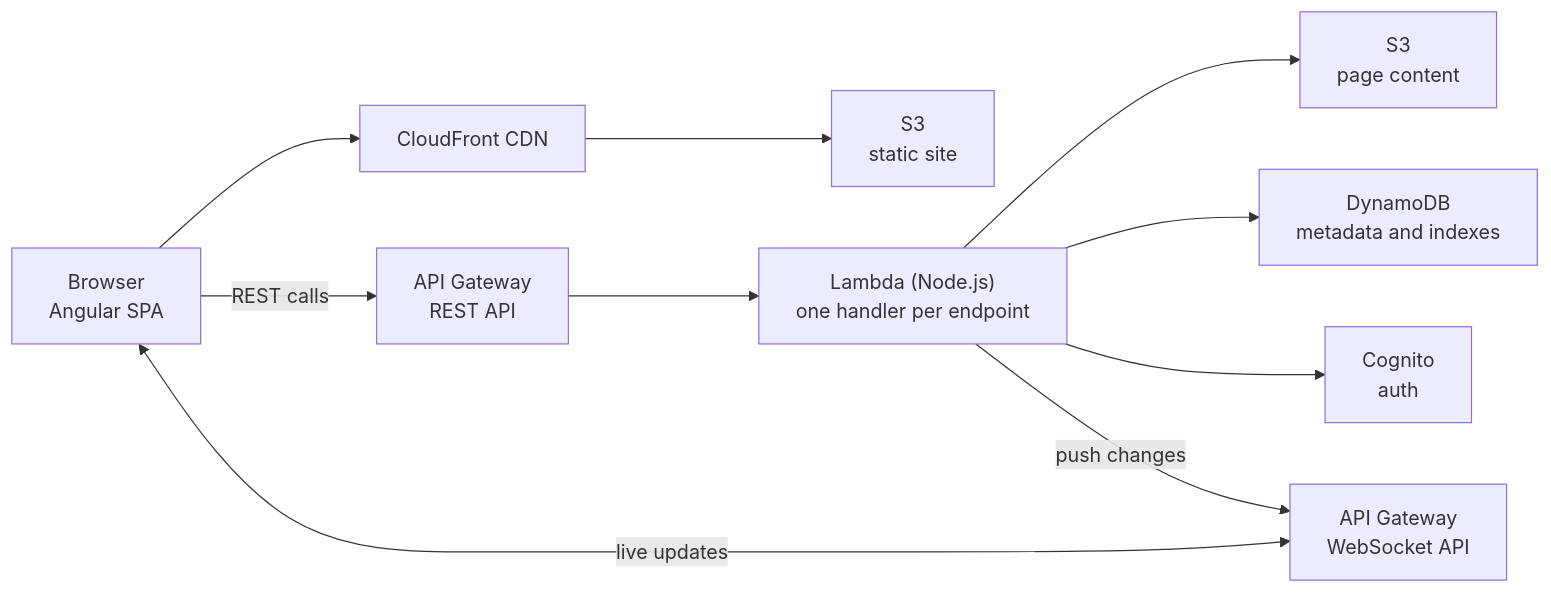
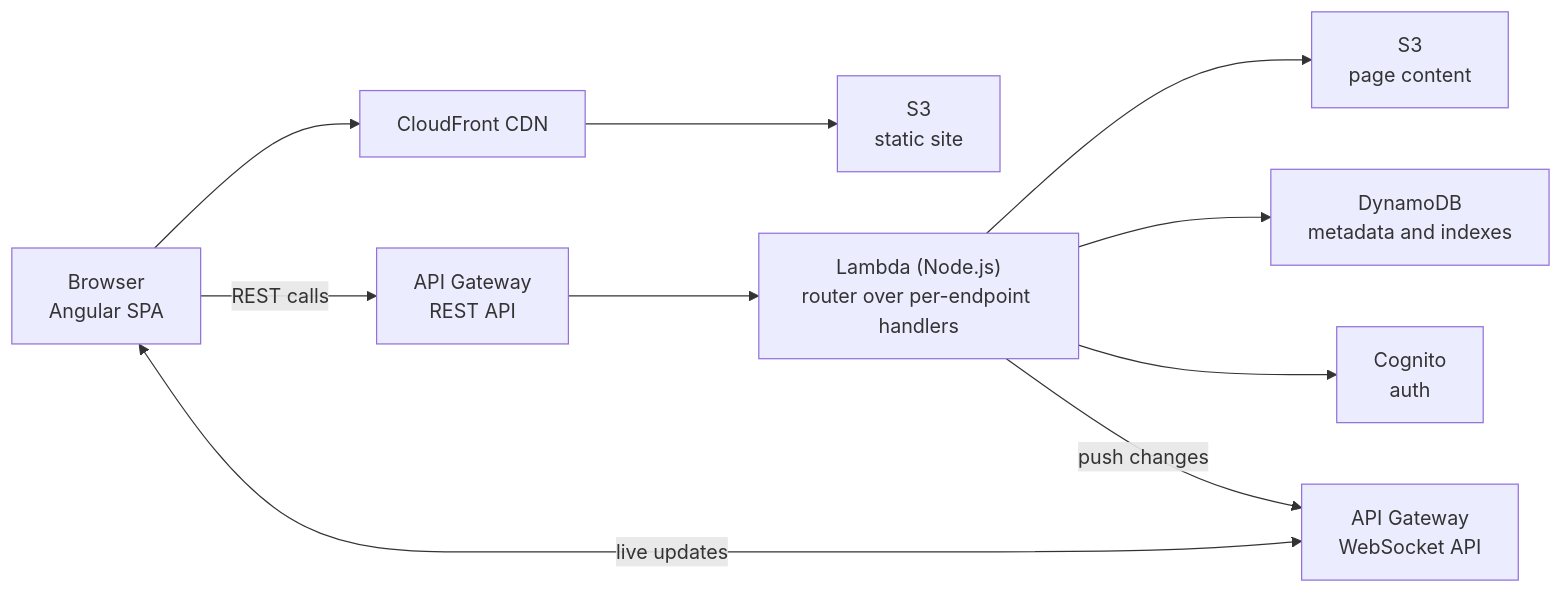
One commit to BlueFin605/BluefinWiki changed the first of 2 diagrams in README.md. Above: the diagram before and after it, drawn with Mermaid. The commit also changed other lines of this file and 4 other files, not shown here.

First line of the commit message:
docs: single api-router Lambda, esbuild build, per-route observability

````diff
--- a/README.md
+++ b/README.md
@@ -110,20 +110,20 @@
 ```mermaid
 flowchart LR
     Browser["Browser<br/>Angular SPA"]
     CF["CloudFront CDN"]
     Static["S3<br/>static site"]
     REST["API Gateway<br/>REST API"]
     WSAPI["API Gateway<br/>WebSocket API"]
-    Lambda["Lambda (Node.js)<br/>one handler per endpoint"]
+    Lambda["Lambda (Node.js)<br/>router over per-endpoint handlers"]
     Pages["S3<br/>page content"]
     Dynamo["DynamoDB<br/>metadata and indexes"]
     Cognito["Cognito<br/>auth"]
 
     Browser --> CF --> Static
     Browser -->|REST calls| REST --> Lambda
     Browser <-->|live updates| WSAPI
     Lambda --> Pages
     Lambda --> Dynamo
     Lambda --> Cognito
     Lambda -->|push changes| WSAPI
 ```
````
